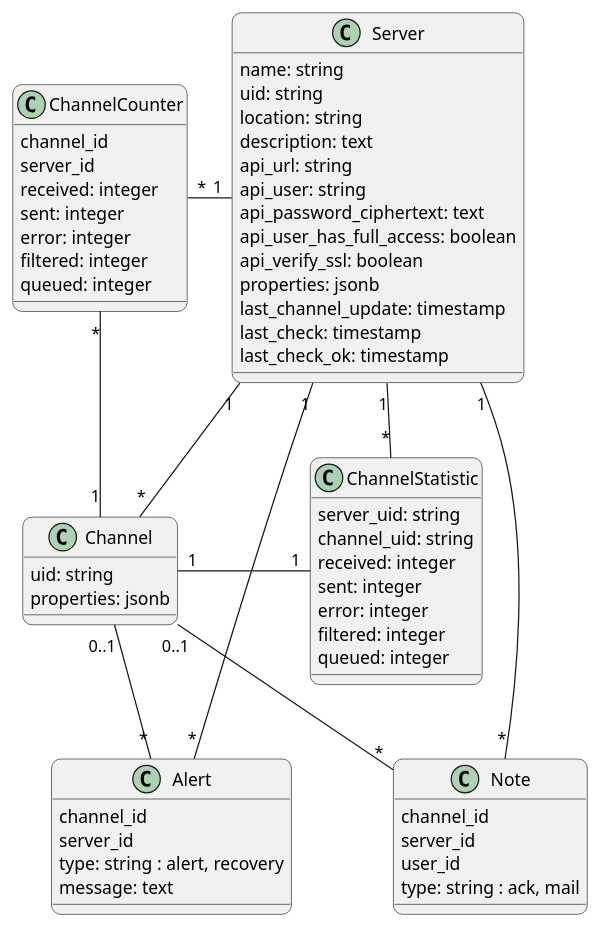
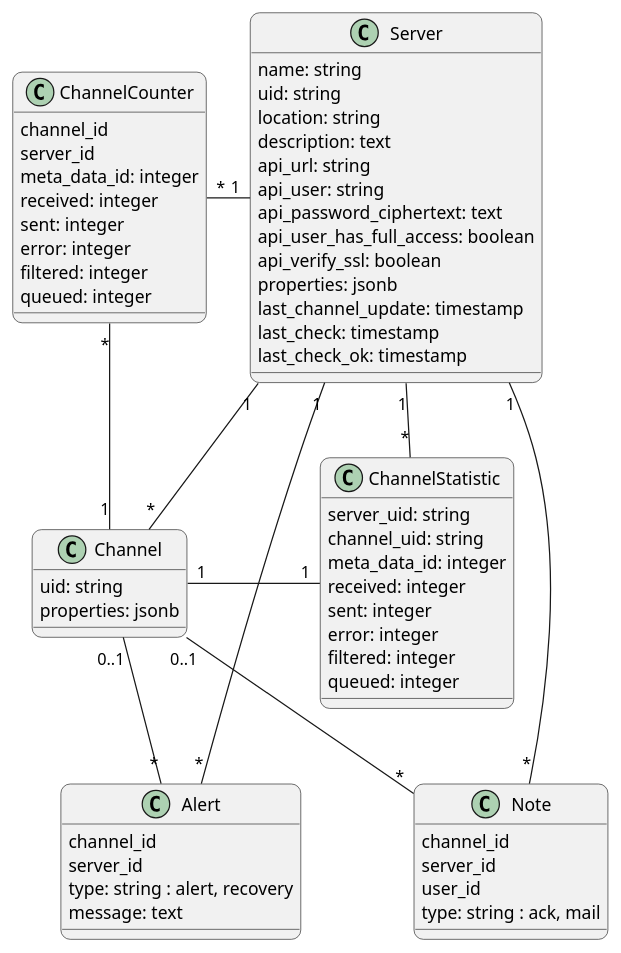
The diagram in doc/dev-notes/modules/ROOT/images/models.puml (swobspace/mirco), drawn with PlantUML before and after one commit. The commit also changed 10 other files, not shown here.

Commit message:
add meta_data_id to channel statistics and counters

```diff
--- a/doc/dev-notes/modules/ROOT/images/models.puml
+++ b/doc/dev-notes/modules/ROOT/images/models.puml
@@ -1,72 +1,74 @@
 @startuml
 top to bottom direction
 skinparam defaultTextAlignment center
 skinparam roundCorner 15
 
 class Server  {
   name: string
   uid: string
   location: string
   description: text
   api_url: string
   api_user: string
   api_password_ciphertext: text
   api_user_has_full_access: boolean
   api_verify_ssl: boolean
   properties: jsonb
   last_channel_update: timestamp
   last_check: timestamp
   last_check_ok: timestamp
 }
 
 class Channel {
   uid: string
   properties: jsonb
 }
 
 class ChannelStatistic {
   server_uid: string
   channel_uid: string
+  meta_data_id: integer
   received: integer
   sent: integer
   error: integer
   filtered: integer
   queued: integer
 }
 
 class ChannelCounter {
   channel_id
   server_id
+  meta_data_id: integer
   received: integer
   sent: integer
   error: integer
   filtered: integer
   queued: integer
 }
 
 class Alert {
   channel_id
   server_id
   type: string : alert, recovery
   message: text
 }
 
 class Note {
   channel_id
   server_id
   user_id
   type: string : ack, mail
 }
 
 Server "1" -- "*" Channel
 Server "1" - "*" ChannelStatistic
 Channel "1" - "1" ChannelStatistic
 ChannelCounter "*" - "1" Server
 ChannelCounter "*" -- "1" Channel
 Server "1" -- "*" Alert
 Channel "0..1" -- "*" Alert
 Server "1" -- "*" Note
 Channel "0..1" -- "*" Note
 
 
 @enduml
```
